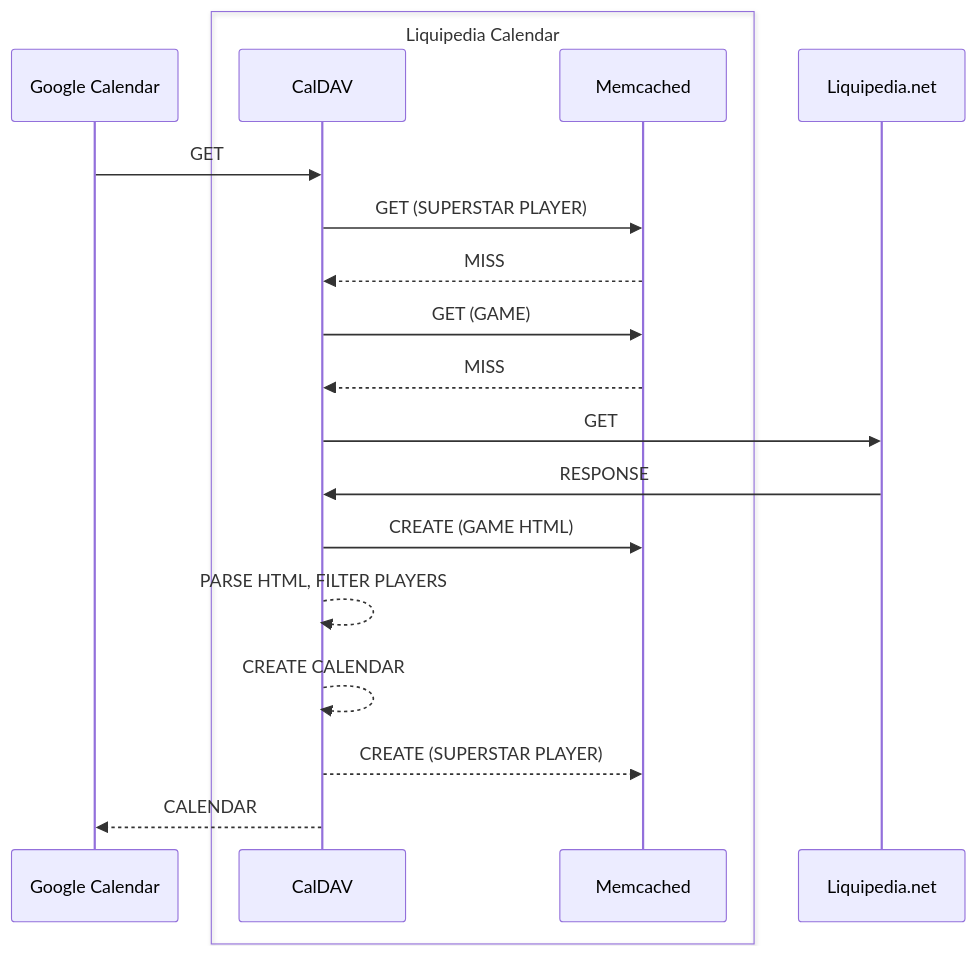
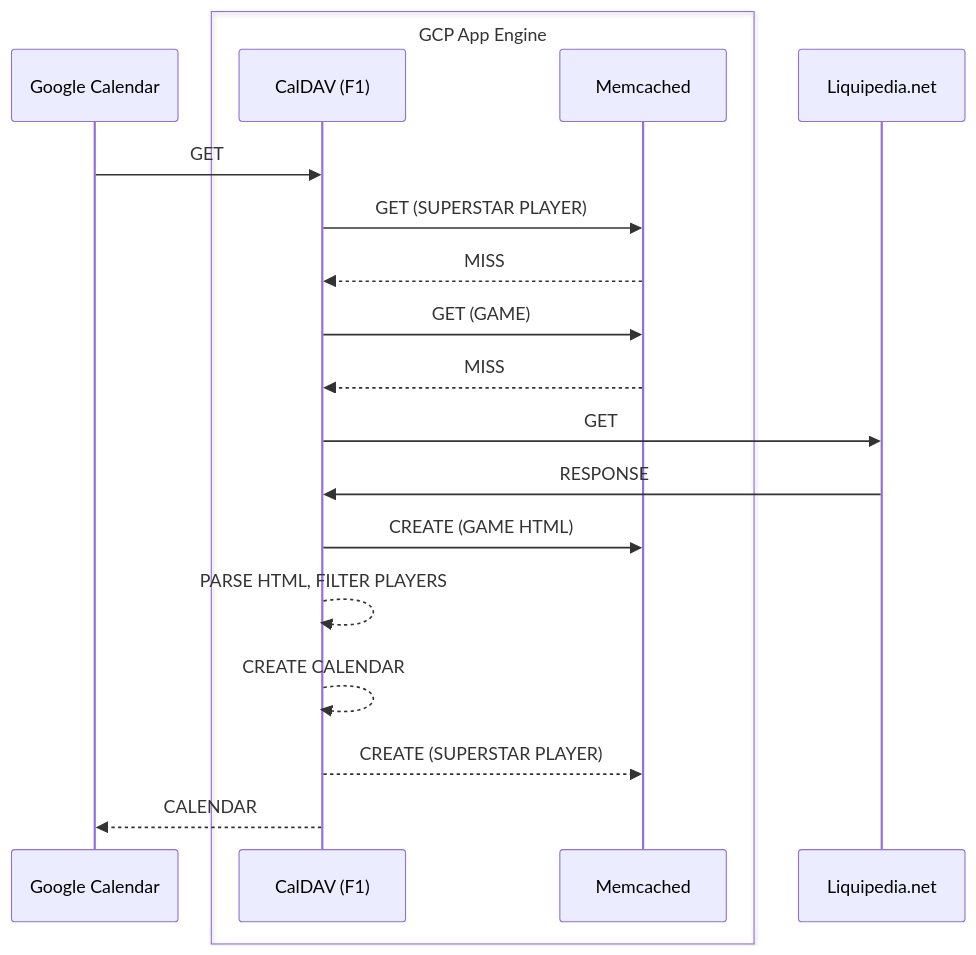
One commit to Napolitain/liquipedia-calendar changed the first of 3 diagrams in DESIGN.md. Above: the diagram before and after it, drawn with Mermaid. The commit also changed other lines of this file, not shown here.

````diff
--- a/DESIGN.md
+++ b/DESIGN.md
@@ -13,21 +13,21 @@
 ```mermaid
 sequenceDiagram
     participant Google Calendar
-    box Liquipedia Calendar
-    participant CalDAV
+    box GCP App Engine
+    participant CalDAV (F1)
     participant Memcached
     end
     participant Liquipedia.net
-    Google Calendar->>CalDAV: GET
-    CalDAV->>Memcached: GET (SUPERSTAR PLAYER)
-    Memcached-->>CalDAV: MISS
-    CalDAV->>Memcached: GET (GAME)
-    Memcached-->>CalDAV: MISS
-    CalDAV->>Liquipedia.net: GET
-    Liquipedia.net->>CalDAV: RESPONSE
-    CalDAV->>Memcached: CREATE (GAME HTML)
-    CalDAV-->>CalDAV: PARSE HTML, FILTER PLAYERS
-    CalDAV-->>CalDAV: CREATE CALENDAR
-    CalDAV-->>Memcached: CREATE (SUPERSTAR PLAYER)
-    CalDAV-->>Google Calendar: CALENDAR
+    Google Calendar->>CalDAV (F1): GET
+    CalDAV (F1)->>Memcached: GET (SUPERSTAR PLAYER)
+    Memcached-->>CalDAV (F1): MISS
+    CalDAV (F1)->>Memcached: GET (GAME)
+    Memcached-->>CalDAV (F1): MISS
+    CalDAV (F1)->>Liquipedia.net: GET
+    Liquipedia.net->>CalDAV (F1): RESPONSE
+    CalDAV (F1)->>Memcached: CREATE (GAME HTML)
+    CalDAV (F1)-->>CalDAV (F1): PARSE HTML, FILTER PLAYERS
+    CalDAV (F1)-->>CalDAV (F1): CREATE CALENDAR
+    CalDAV (F1)-->>Memcached: CREATE (SUPERSTAR PLAYER)
+    CalDAV (F1)-->>Google Calendar: CALENDAR
 ```
````
